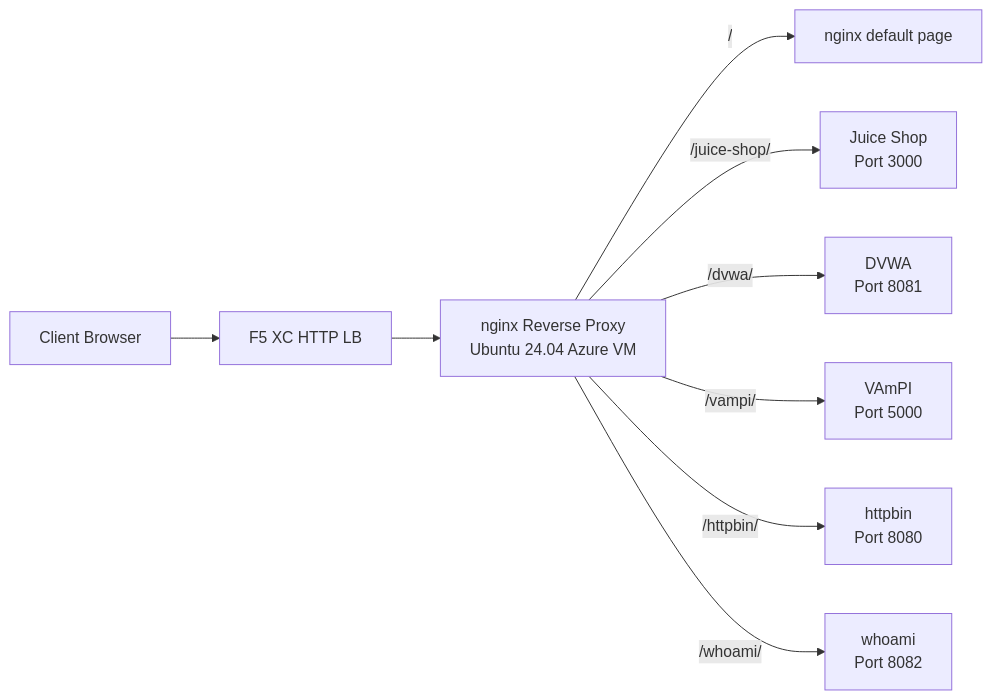
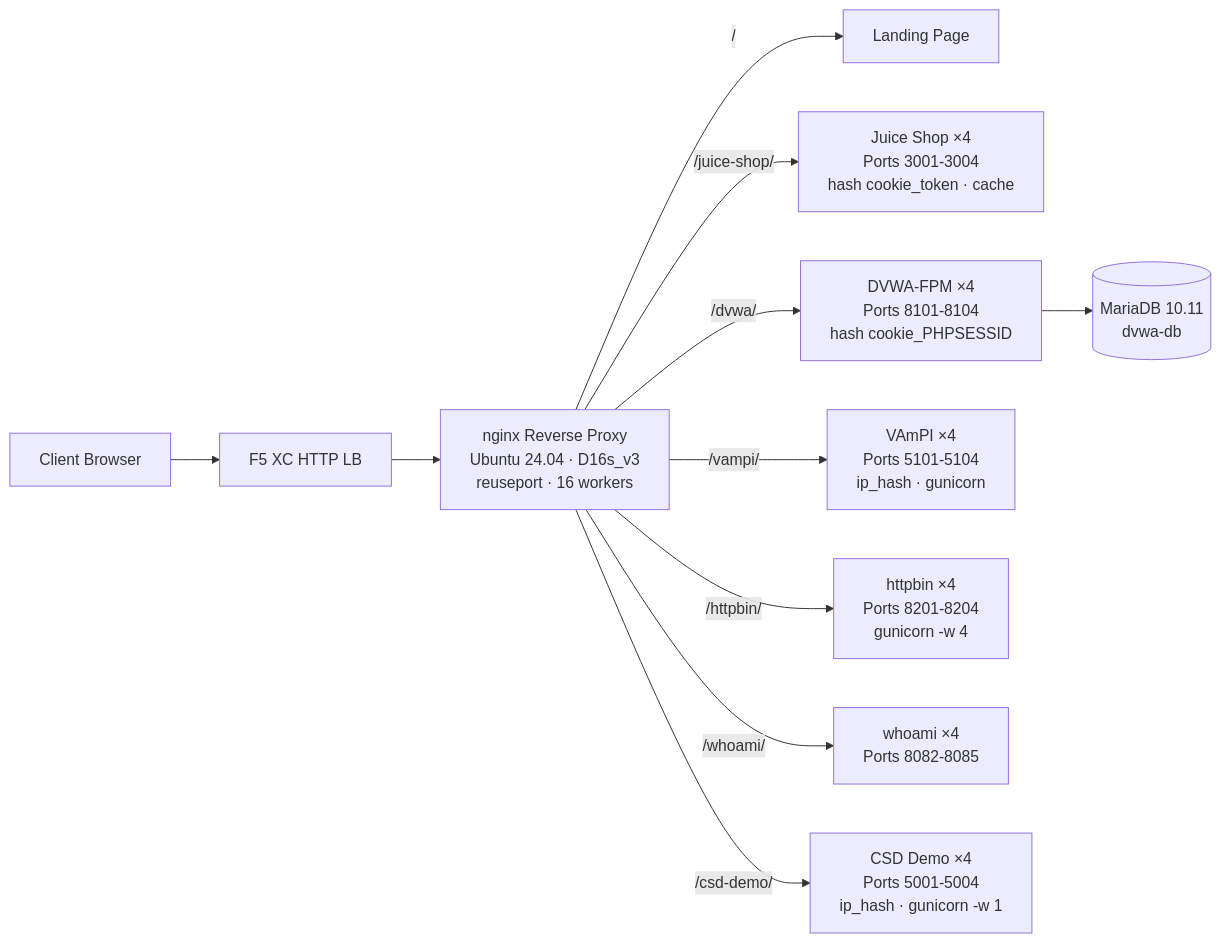
The diagram in docs/01-architecture.mdx (f5-sales-demo/origin-server), drawn with Mermaid before and after one commit. The commit also changed other lines of this file and 6 other files, not shown here.

First line of the commit message:
docs: update all documentation to match 25-container production architecture (#43)

````diff
--- a/docs/01-architecture.mdx
+++ b/docs/01-architecture.mdx
@@ -22,11 +22,13 @@
 ```mermaid
 graph LR
     Client[Client Browser] --> XCHLB[F5 XC HTTP LB]
-    XCHLB --> NGINX[nginx Reverse Proxy<br/>Ubuntu 24.04 Azure VM]
-    NGINX --> |/| DEFAULT[nginx default page]
-    NGINX --> |/juice-shop/| JS[Juice Shop<br/>Port 3000]
-    NGINX --> |/dvwa/| DVWA[DVWA<br/>Port 8081]
-    NGINX --> |/vampi/| VAMPI[VAmPI<br/>Port 5000]
-    NGINX --> |/httpbin/| HTTPBIN[httpbin<br/>Port 8080]
-    NGINX --> |/whoami/| WHOAMI[whoami<br/>Port 8082]
+    XCHLB --> NGINX[nginx Reverse Proxy<br/>Ubuntu 24.04 · D16s_v3<br/>reuseport · 16 workers]
+    NGINX --> |/| DEFAULT[Landing Page]
+    NGINX --> |/juice-shop/| JS[Juice Shop ×4<br/>Ports 3001-3004<br/>hash cookie_token · cache]
+    NGINX --> |/dvwa/| DVWA[DVWA-FPM ×4<br/>Ports 8101-8104<br/>hash cookie_PHPSESSID]
+    NGINX --> |/vampi/| VAMPI[VAmPI ×4<br/>Ports 5101-5104<br/>ip_hash · gunicorn]
+    NGINX --> |/httpbin/| HTTPBIN[httpbin ×4<br/>Ports 8201-8204<br/>gunicorn -w 4]
+    NGINX --> |/whoami/| WHOAMI[whoami ×4<br/>Ports 8082-8085]
+    NGINX --> |/csd-demo/| CSD[CSD Demo ×4<br/>Ports 5001-5004<br/>ip_hash · gunicorn -w 1]
+    DVWA --> DB[(MariaDB 10.11<br/>dvwa-db)]
 ```
````
